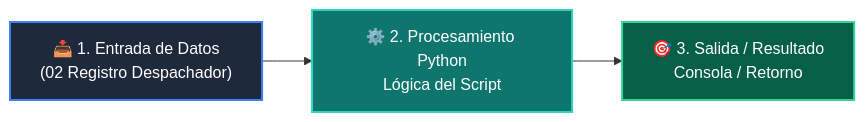
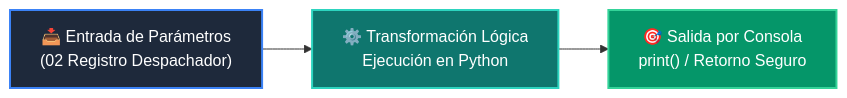
The diagram in 03-agentes-ia/clase-04-tool-calling-funciones/ejemplos/ejemplo_02_registro_despachador/README.md (wisrovi/wisrovi-python), drawn with Mermaid before and after one commit. The commit also changed other lines of this file and 226 other files, not shown here.

Commit message:
docs: elevate all repository READMEs to world-class mastery standard with rich pedagogical architecture, custom Mermaids, and professional styling

````diff
--- a/03-agentes-ia/clase-04-tool-calling-funciones/ejemplos/ejemplo_02_registro_despachador/README.md
+++ b/03-agentes-ia/clase-04-tool-calling-funciones/ejemplos/ejemplo_02_registro_despachador/README.md
@@ -12,9 +19,9 @@
 ```mermaid
 flowchart LR
-    A["📥 1. Entrada de Datos<br/>(02 Registro Despachador)"] --> B["⚙️ 2. Procesamiento Python<br/>Lógica del Script"]
-    B --> C["🎯 3. Salida / Resultado<br/>Consola / Retorno"]
+    A["📥 Entrada de Parámetros<br/>(02 Registro Despachador)"] --> B["⚙️ Transformación Lógica<br/>Ejecución en Python"]
+    B --> C["🎯 Salida por Consola<br/>print() / Retorno Seguro"]
 
-    style A fill:#1e293b,color:#fff,stroke:#3b82f6,stroke-width:2px
-    style B fill:#0f766e,color:#fff,stroke:#2dd4bf,stroke-width:2px
-    style C fill:#065f46,color:#fff,stroke:#34d399,stroke-width:2px
+    style A fill:#1e293b,color:#ffffff,stroke:#3b82f6,stroke-width:2px
+    style B fill:#0f766e,color:#ffffff,stroke:#2dd4bf,stroke-width:2px
+    style C fill:#059669,color:#ffffff,stroke:#34d399,stroke-width:2px
 ```
````
